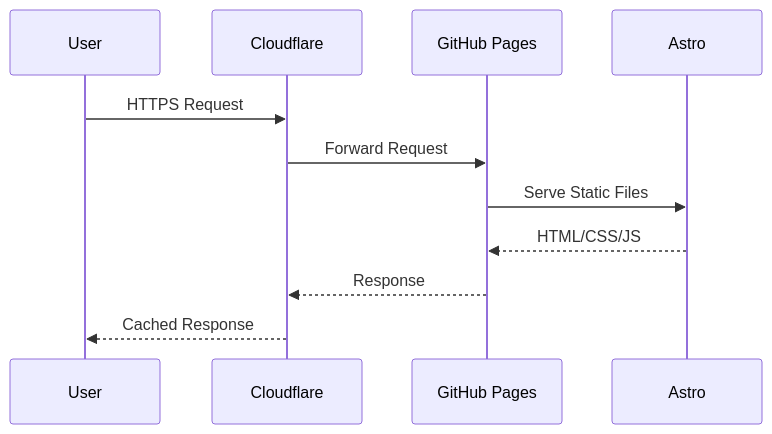
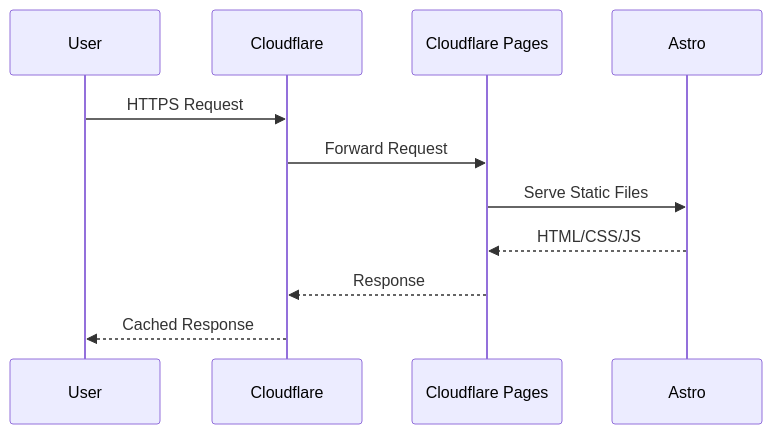
Before and after one commit to dexterbrylle/dexterbrylle.github.io: the second of 3 diagrams in src/content/blog/mermaid-diagrams.md, drawn with Mermaid. The commit also changed other lines of this file and 9 other files, not shown here.

````diff
--- a/src/content/blog/mermaid-diagrams.md
+++ b/src/content/blog/mermaid-diagrams.md
@@ -31,14 +31,14 @@
 ```mermaid
 sequenceDiagram
     participant U as User
     participant C as Cloudflare
-    participant G as GitHub Pages
+    participant P as Cloudflare Pages
     participant A as Astro
 
     U->>C: HTTPS Request
-    C->>G: Forward Request
-    G->>A: Serve Static Files
-    A-->>G: HTML/CSS/JS
-    G-->>C: Response
+    C->>P: Forward Request
+    P->>A: Serve Static Files
+    A-->>P: HTML/CSS/JS
+    P-->>C: Response
     C-->>U: Cached Response
 ```
````
